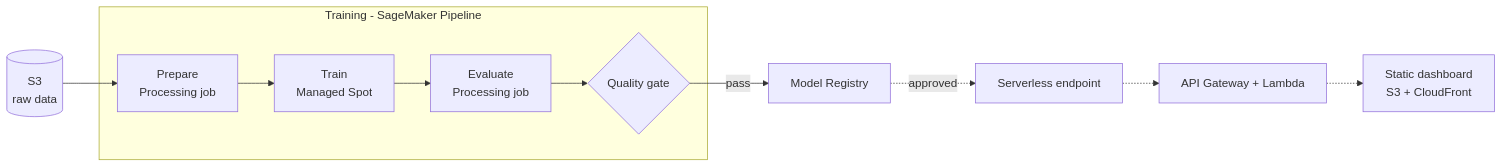
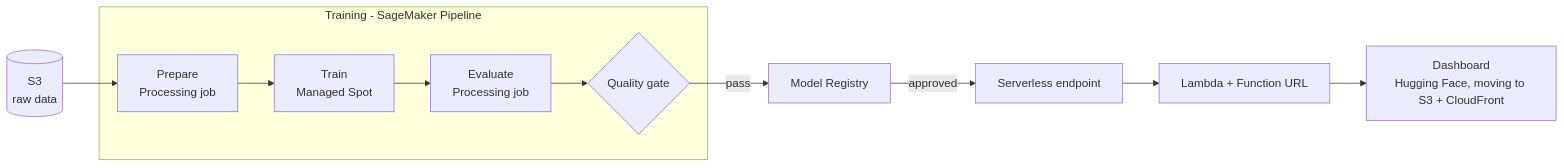
Before and after one commit to Haadhi-Mohammed/sepsis-early-warning: the diagram in README.md, drawn with Mermaid. The commit also changed other lines of this file and 1 other file, not shown here.

First line of the commit message:
Switch the dashboard to the AWS API and update the README

````diff
--- a/README.md
+++ b/README.md
@@ -57,11 +58,11 @@
 ```mermaid
 flowchart LR
     subgraph train["Training - SageMaker Pipeline"]
         P[Prepare<br/>Processing job] --> T[Train<br/>Managed Spot] --> E[Evaluate<br/>Processing job] --> Q{Quality gate}
     end
     S3[(S3<br/>raw data)] --> P
     Q -->|pass| R[Model Registry]
-    R -.->|approved| EP[Serverless endpoint]
-    EP -.-> API[API Gateway + Lambda]
-    API -.-> UI[Static dashboard<br/>S3 + CloudFront]
+    R -->|approved| EP[Serverless endpoint]
+    EP --> API[Lambda + Function URL]
+    API --> UI[Dashboard<br/>Hugging Face, moving to S3 + CloudFront]
 ```
````
